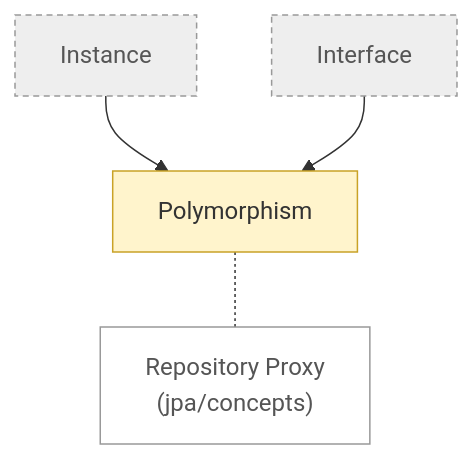
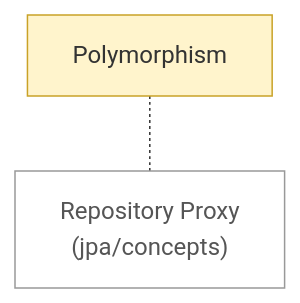
Before and after one commit to Pizza-Mozzarella/self-learning: the diagram in notes/java/core/concepts/README.md, drawn with Mermaid. The commit also changed other lines of this file and 44 other files, not shown here.

````diff
--- a/notes/java/core/concepts/README.md
+++ b/notes/java/core/concepts/README.md
@@ -6,14 +6,10 @@
 ```mermaid
 flowchart TD
-    n0["Instance"]:::stub
-    n1["Interface"]:::stub
-    n2["Polymorphism"]:::draft
-    n3["Repository Proxy<br/>(jpa/concepts)"]:::ext
-    n0 --> n2
-    n1 --> n2
-    n2 -.- n3
+    n0["Polymorphism"]:::draft
+    n1["Repository Proxy<br/>(jpa/concepts)"]:::ext
+    n0 -.- n1
     classDef stub fill:#eeeeee,stroke:#999999,stroke-dasharray:4 3,color:#555555
     classDef draft fill:#fff4cc,stroke:#c9a227,color:#333333
     classDef ok fill:#d8f0dc,stroke:#3a9d5d,color:#222222
     classDef ext fill:#ffffff,stroke:#999999,color:#555555
 ```
````
